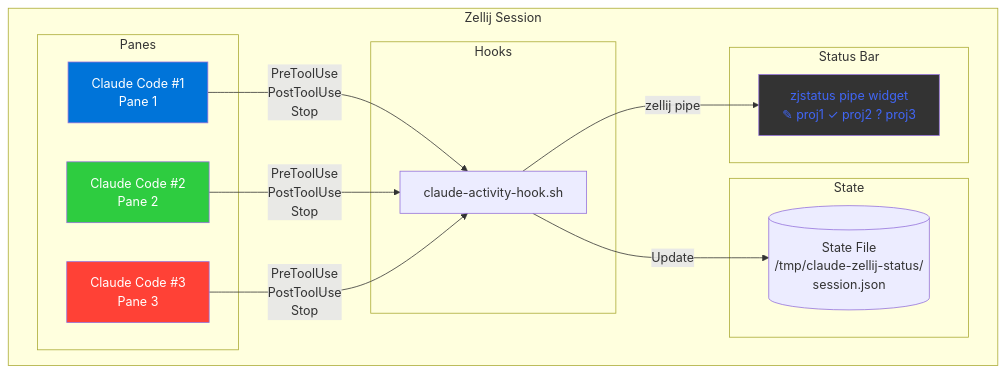
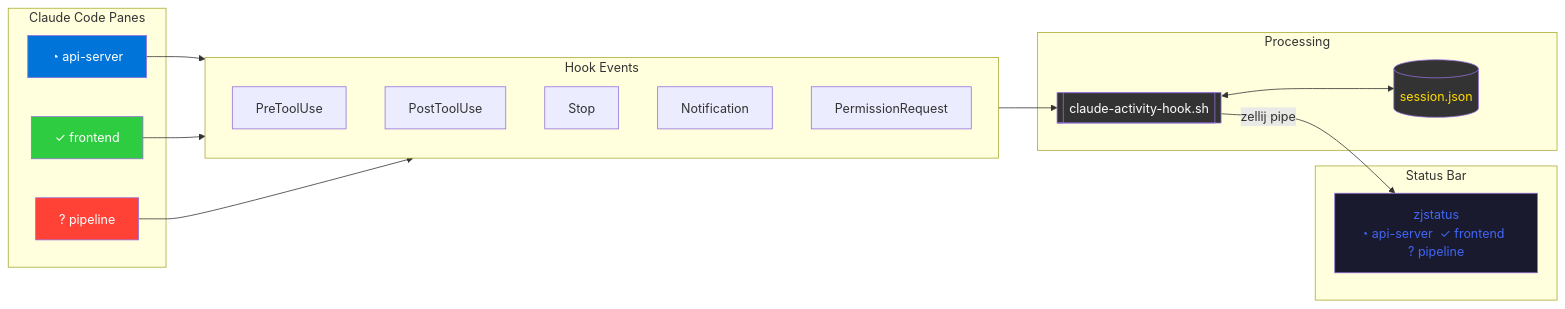
Before and after one commit to maulik13/claude-code-zellij-status: the diagram in README.md, drawn with Mermaid.

Commit message:
Update How It Works diagram with cleaner layout
Redesign mermaid diagram with left-to-right flow, explicit hook
events, and status symbols in pane names for better visualization.

````diff
--- a/README.md
+++ b/README.md
@@ -86,34 +86,38 @@
 ```mermaid
-flowchart TB
-    subgraph Zellij Session
-        subgraph Panes
-            CC1[Claude Code #1<br/>Pane 1]
-            CC2[Claude Code #2<br/>Pane 2]
-            CC3[Claude Code #3<br/>Pane 3]
-        end
-        
-        subgraph Hooks
-            AH[claude-activity-hook.sh]
-        end
-        
-        subgraph State
-            SF[(State File<br/>/tmp/claude-zellij-status/<br/>session.json)]
-        end
-        
-        subgraph Status Bar
-            ZJ[zjstatus pipe widget<br/>✎ proj1  ✓ proj2  ? proj3]
-        end
+flowchart LR
+    subgraph panes [Claude Code Panes]
+        CC1[◔ api-server]
+        CC2[✓ frontend]
+        CC3[? pipeline]
     end
-    
-    CC1 -->|PreToolUse<br/>PostToolUse<br/>Stop| AH
-    CC2 -->|PreToolUse<br/>PostToolUse<br/>Stop| AH
-    CC3 -->|PreToolUse<br/>PostToolUse<br/>Stop| AH
-    
-    AH -->|Update| SF
+
+    subgraph hooks [Hook Events]
+        direction TB
+        E1[PreToolUse]
+        E2[PostToolUse]
+        E3[Stop]
+        E4[Notification]
+        E5[PermissionRequest]
+    end
+
+    subgraph processing [Processing]
+        AH[[claude-activity-hook.sh]]
+        SF[(session.json)]
+    end
+
+    subgraph output [Status Bar]
+        ZJ[zjstatus<br/>◔ api-server  ✓ frontend  ? pipeline]
+    end
+
+    CC1 & CC2 & CC3 --> hooks
+    hooks --> AH
+    AH <--> SF
     AH -->|zellij pipe| ZJ
-    
+
     style CC1 fill:#0074d9,color:#fff
     style CC2 fill:#2ecc40,color:#fff
     style CC3 fill:#ff4136,color:#fff
-    style ZJ fill:#333,color:#4166F5
+    style ZJ fill:#1a1a2e,color:#4166F5
+    style AH fill:#333,color:#fff
+    style SF fill:#333,color:#ffdc00
 ```
````
